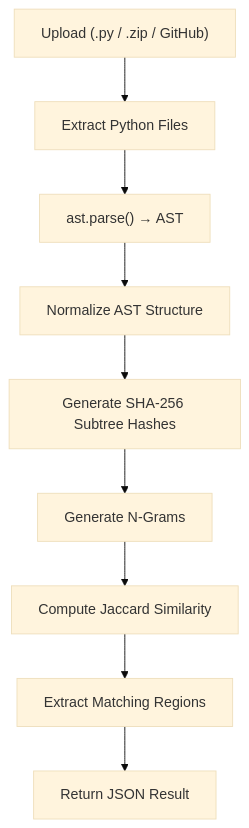
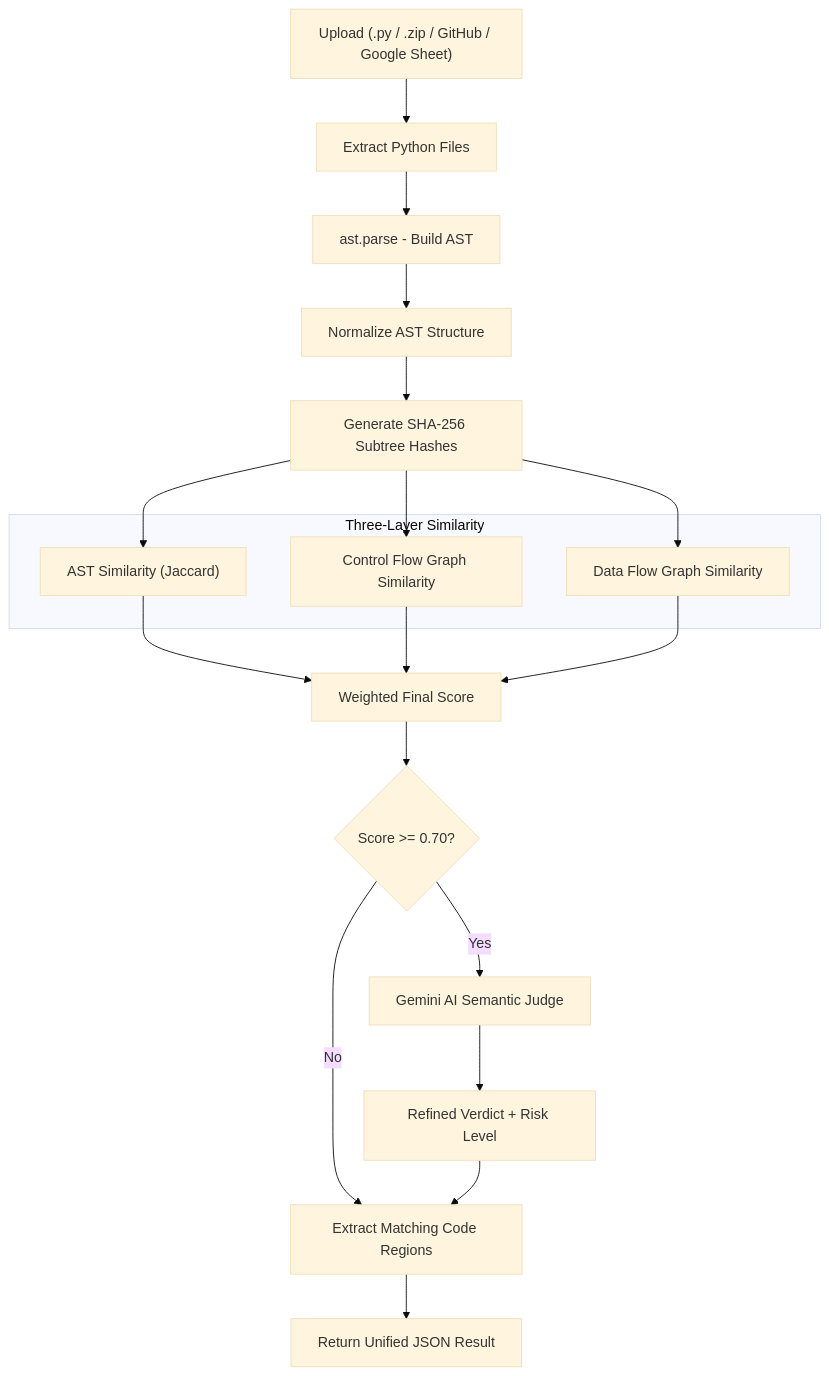
The second of 5 diagrams in README.md (AbhimanRajCoder/CLONIQ), drawn with Mermaid (base theme) before and after one commit. The commit also changed other lines of this file, not shown here.

````diff
--- a/README.md
+++ b/README.md
@@ -81,22 +90,38 @@
 ```mermaid
 flowchart TD
-
-    Upload["Upload (.py / .zip / GitHub)"]
+    Upload["Upload (.py / .zip / GitHub / Google Sheet)"]
     Extract["Extract Python Files"]
-    Parse["ast.parse() → AST"]
+    Parse["ast.parse - Build AST"]
     Normalize["Normalize AST Structure"]
     Hash["Generate SHA-256 Subtree Hashes"]
-    NGram["Generate N-Grams"]
-    Similarity["Compute Jaccard Similarity"]
-    Regions["Extract Matching Regions"]
-    JSON["Return JSON Result"]
+
+    subgraph ThreeLayer["Three-Layer Similarity"]
+        AST["AST Similarity (Jaccard)"]
+        CFG["Control Flow Graph Similarity"]
+        DFG["Data Flow Graph Similarity"]
+    end
+
+    Final["Weighted Final Score"]
+    LLMCheck{"Score >= 0.70?"}
+    LLM["Gemini AI Semantic Judge"]
+    Verdict["Refined Verdict + Risk Level"]
+    Regions["Extract Matching Code Regions"]
+    JSON["Return Unified JSON Result"]
 
     Upload --> Extract
     Extract --> Parse
     Parse --> Normalize
     Normalize --> Hash
-    Hash --> NGram
-    NGram --> Similarity
-    Similarity --> Regions
+    Hash --> AST
+    Hash --> CFG
+    Hash --> DFG
+    AST --> Final
+    CFG --> Final
+    DFG --> Final
+    Final --> LLMCheck
+    LLMCheck -->|Yes| LLM
+    LLMCheck -->|No| Regions
+    LLM --> Verdict
+    Verdict --> Regions
     Regions --> JSON
 ```
````
